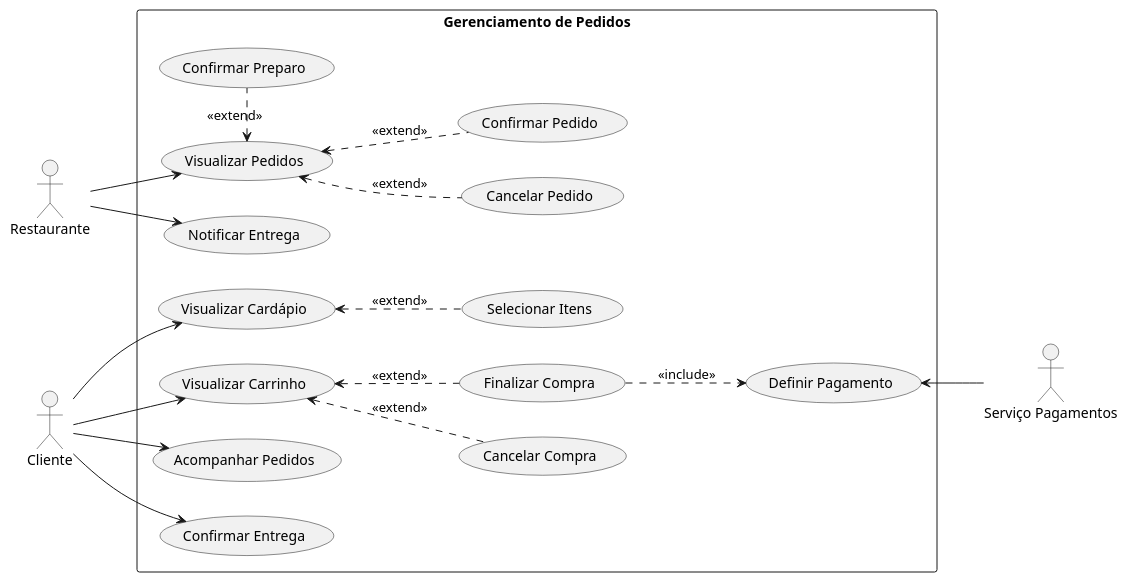
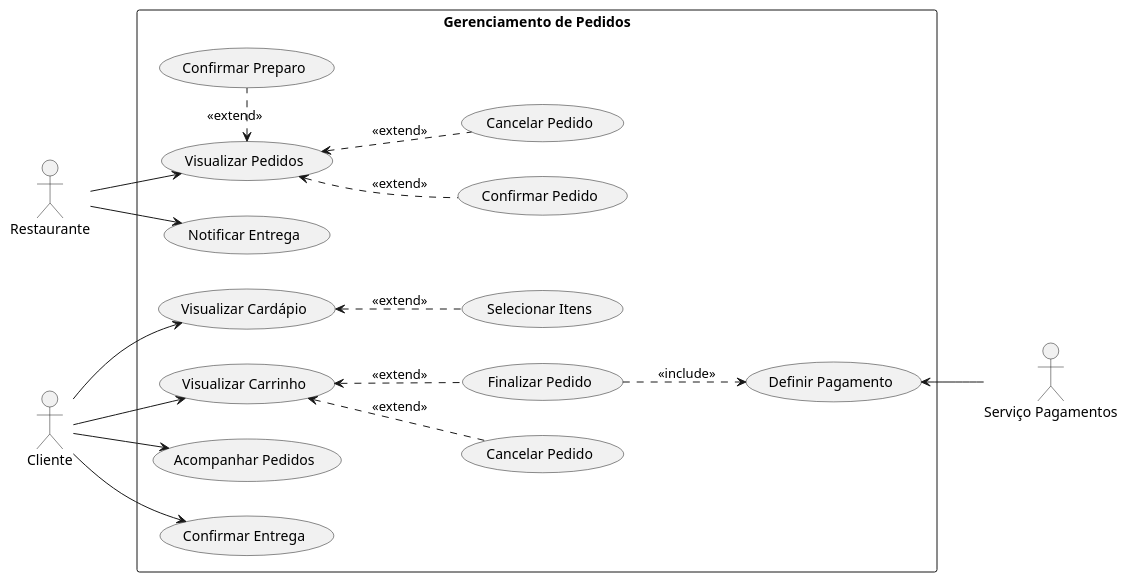
Before and after one commit to FerdinandChagas/uml_examples: the diagram in delivery/uc01_gerenciar_pedidos.iuml, drawn with PlantUML. The commit also changed 1 other file, not shown here.

Commit message:
diagrama de classes - delivery

```diff
--- a/delivery/uc01_gerenciar_pedidos.iuml
+++ b/delivery/uc01_gerenciar_pedidos.iuml
@@ -1,43 +1,43 @@
 @startuml "Gerenciamento de Pedidos"
 left to right direction
 :Restaurante: as restaurante
 :Cliente: as cliente
 :Serviço Pagamentos: as servico_pagamentos
 
 rectangle "Gerenciamento de Pedidos"{
     (Visualizar Cardápio) as visualizar_cardapio
     (Visualizar Carrinho) as visualizar_carrinho
     (Acompanhar Pedidos) as acompanhar_pedidos
     (Selecionar Itens) as selecionar_itens
-    (Finalizar Compra) as finalizar_compra
-    (Cancelar Compra) as cancelar_compra
+    (Finalizar Pedido) as finalizar_pedido
+    (Cancelar Pedido) as cancelar_pedido
     (Definir Pagamento) as definir_pagamento
     (Confirmar Entrega) as confirmar_entrega
 
     (Visualizar Pedidos) as visualizar_pedidos
     (Confirmar Pedido) as confirmar_pedido
     (Confirmar Preparo) as confirmar_preparo
-    (Cancelar Pedido) as cancelar_pedido
+    (Cancelar Pedido) as cancelar_meu_pedido
     (Notificar Entrega) as notificar_entrega
 }
 
 cliente --> visualizar_cardapio
 cliente --> visualizar_carrinho
 cliente --> acompanhar_pedidos
 cliente --> confirmar_entrega
 
 visualizar_cardapio <.. selecionar_itens: <<extend>> 
-visualizar_carrinho <.. finalizar_compra: <<extend>>
-visualizar_carrinho <.. cancelar_compra: <<extend>>
-finalizar_compra ..> definir_pagamento: <<include>>
+visualizar_carrinho <.. finalizar_pedido: <<extend>>
+visualizar_carrinho <.. cancelar_meu_pedido: <<extend>>
+finalizar_pedido ..> definir_pagamento: <<include>>
 
 
 restaurante --> visualizar_pedidos
 restaurante --> notificar_entrega
 visualizar_pedidos <.. confirmar_pedido: <<extend>>
 visualizar_pedidos <.. cancelar_pedido: <<extend>>
 visualizar_pedidos <.right. confirmar_preparo: <<extend>>
 
 servico_pagamentos -up-> definir_pagamento
 
 @enduml
```
